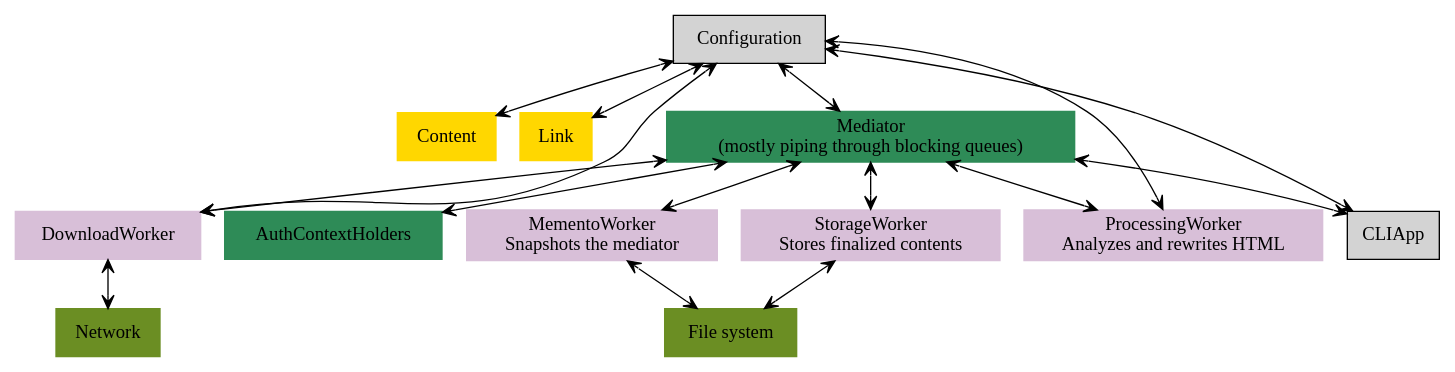
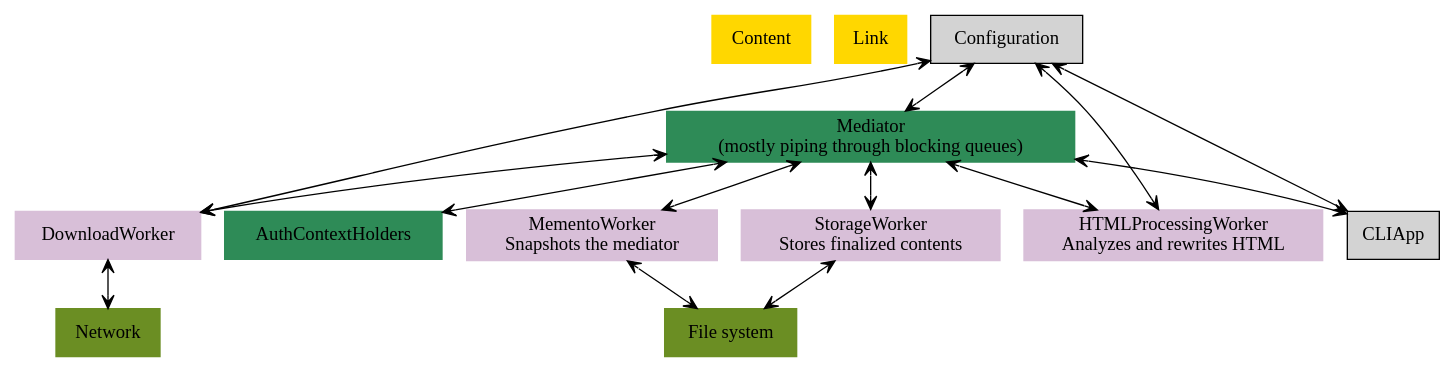
Before and after one commit to mdolidon/hamster: the diagram in dev_docs/core_components.dot, drawn with Graphviz. The commit also changed 11 other files, not shown here.

Commit message:
Making room to welcome the future CSS processing worker

```diff
--- a/dev_docs/core_components.dot
+++ b/dev_docs/core_components.dot
@@ -1,45 +1,43 @@
 digraph G {
 
 overlap=scale;
 ratio="compress";
 
 edge [arrowhead="vee", arrowtail="vee", dir="both"];
 node [shape=box,style=filled];
 {node [color="gold"] Content Link};
 {node [color="olivedrab"] FileSystem Network};
 {node [color="seagreen"] Mediator AuthContextHolders};
-{node [color="thistle"] DownloadWorker MementoWorker ProcessingWorker StorageWorker };
+{node [color="thistle"] DownloadWorker MementoWorker HTMLProcessingWorker StorageWorker };
 
 
 FileSystem [label="File system"];
 Mediator [label="Mediator\n(mostly piping through blocking queues)"];
 MementoWorker [label="MementoWorker\nSnapshots the mediator"]
-ProcessingWorker [label="ProcessingWorker\nAnalyzes and rewrites HTML"]
+HTMLProcessingWorker [label="HTMLProcessingWorker\nAnalyzes and rewrites HTML"]
 StorageWorker [label="StorageWorker\nStores finalized contents"]
 
 
 Mediator -> DownloadWorker [];
 DownloadWorker -> Network;
 
-Mediator -> ProcessingWorker [];
+Mediator -> HTMLProcessingWorker [];
 
 Mediator -> StorageWorker [];
 StorageWorker -> FileSystem;
 
 Mediator -> AuthContextHolders;
 
 Mediator -> MementoWorker;
 MementoWorker -> FileSystem;
 
 Mediator -> CLIApp;
 
 
 
 Configuration -> CLIApp;
-Configuration -> Content;
-Configuration -> Link;
 Configuration -> Mediator;
-Configuration -> ProcessingWorker;
+Configuration -> HTMLProcessingWorker;
 Configuration -> DownloadWorker;
 
 }
```
